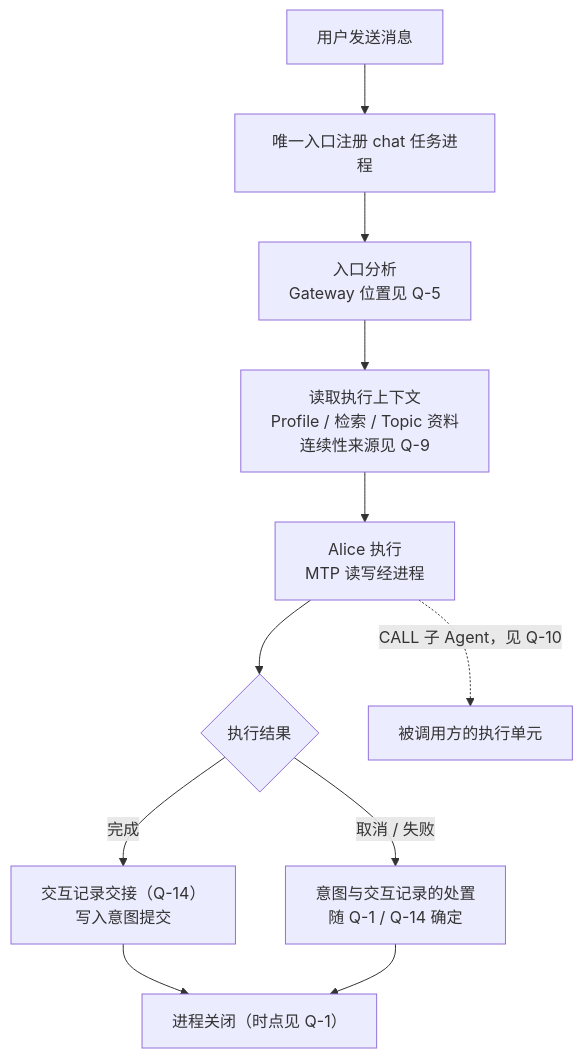
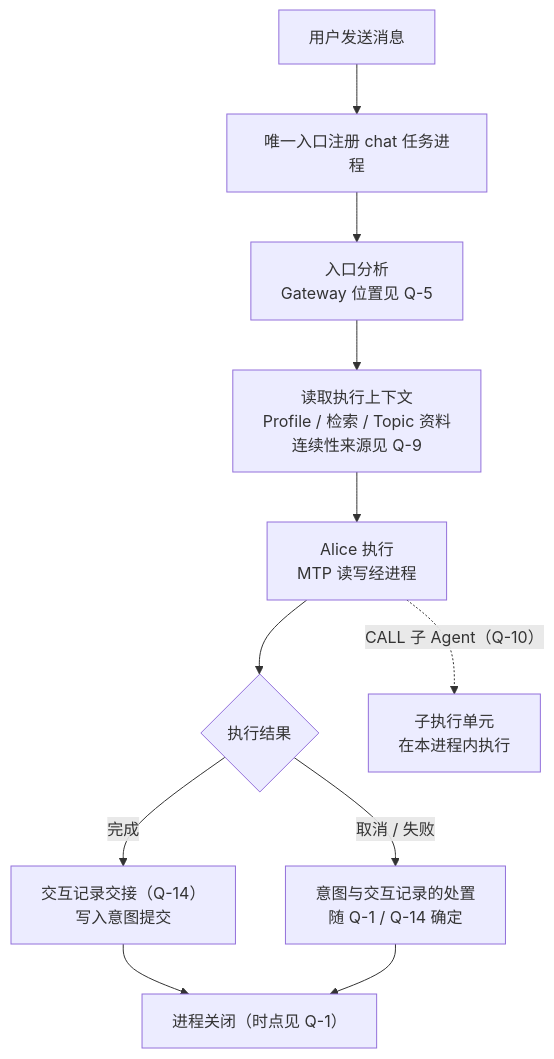
The fourth of 5 diagrams in docs/ideas/task-process-table-and-registration-entry.md (artemis03976/HiveMemory), drawn with Mermaid before and after one commit. The commit also changed other lines of this file and 11 other files, not shown here.

````diff
--- a/docs/ideas/task-process-table-and-registration-entry.md
+++ b/docs/ideas/task-process-table-and-registration-entry.md
@@ -131,13 +157,13 @@
 ```mermaid
 flowchart TB
     A["用户发送消息"] --> B["唯一入口注册 chat 任务进程"]
     B --> C["入口分析<br/>Gateway 位置见 Q-5"]
     C --> D["读取执行上下文<br/>Profile / 检索 / Topic 资料<br/>连续性来源见 Q-9"]
     D --> E["Alice 执行<br/>MTP 读写经进程"]
     E --> F{"执行结果"}
     F -- "完成" --> G["交互记录交接（Q-14）<br/>写入意图提交"]
     F -- "取消 / 失败" --> H["意图与交互记录的处置<br/>随 Q-1 / Q-14 确定"]
     G --> I["进程关闭（时点见 Q-1）"]
     H --> I
-    E -. "CALL 子 Agent，见 Q-10" .-> J["被调用方的执行单元"]
+    E -. "CALL 子 Agent（Q-10）" .-> J["子执行单元<br/>在本进程内执行"]
 ```
````
